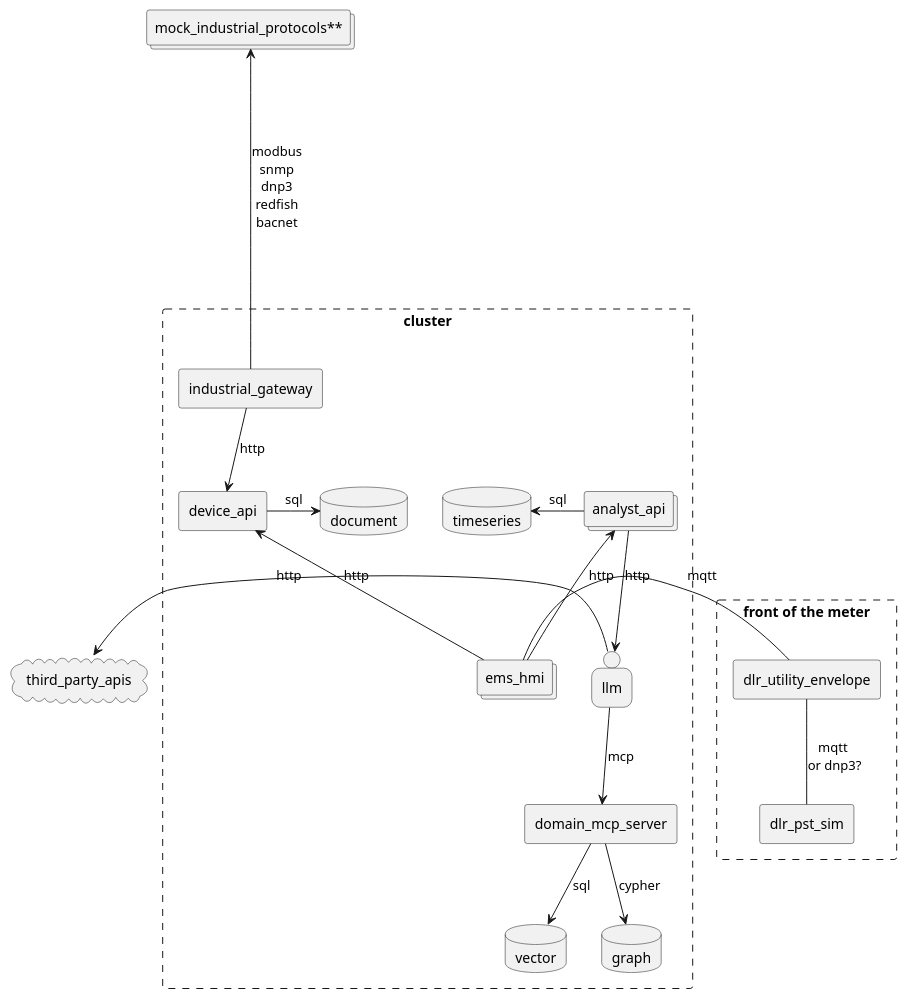
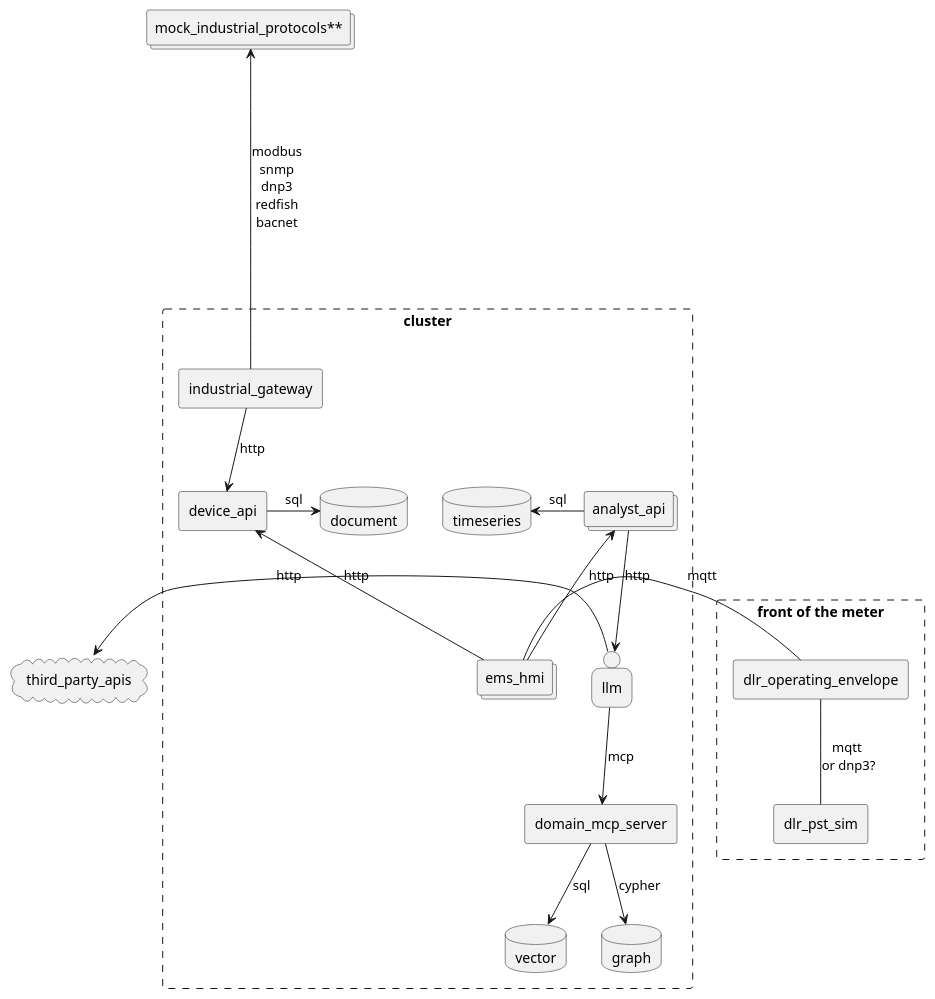
Before and after one commit to arcnode-io/ems: the first of 6 diagrams in readme.md, drawn with PlantUML.

Commit message:
update dlr role

````diff
--- a/readme.md
+++ b/readme.md
@@ -28,33 +28,33 @@
 ```plantuml
 collections "mock_industrial_protocols**" as mock_industrial_protocols
 rectangle  "front of the meter" #line.dashed {
-  rectangle dlr_utility_envelope
+  rectangle dlr_operating_envelope
   rectangle dlr_pst_sim
 }
 cloud third_party_apis
 rectangle cluster #line.dashed {
     rectangle industrial_gateway
     rectangle device_api
     database timeseries
     database vector
     database graph
     collections analyst_api
     database document
     collections ems_hmi
     person llm
     rectangle domain_mcp_server
 }
-dlr_utility_envelope -- dlr_pst_sim: mqtt \nor dnp3?
-dlr_utility_envelope -r- ems_hmi: mqtt 
+dlr_operating_envelope -- dlr_pst_sim: mqtt \nor dnp3?
+dlr_operating_envelope -r- ems_hmi: mqtt 
 industrial_gateway -u---> mock_industrial_protocols: modbus\nsnmp\ndnp3\nredfish\nbacnet
 industrial_gateway --> device_api: http
 ems_hmi -u-> device_api: http
 device_api -r-> document: sql
 analyst_api -l-> timeseries: sql
 llm -d-> domain_mcp_server: mcp
 domain_mcp_server -d-> vector: sql
 domain_mcp_server -d-> graph: cypher
 ems_hmi -u-> analyst_api: http
 analyst_api -d-> llm: http
 llm -l-> third_party_apis: http
 ```
````
